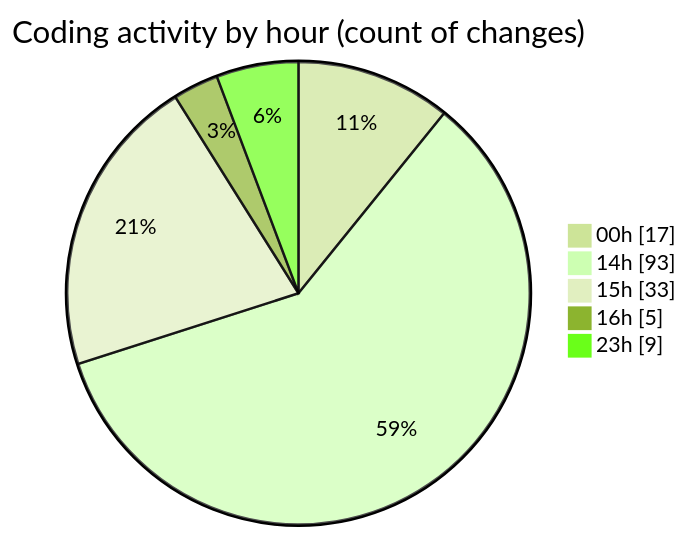
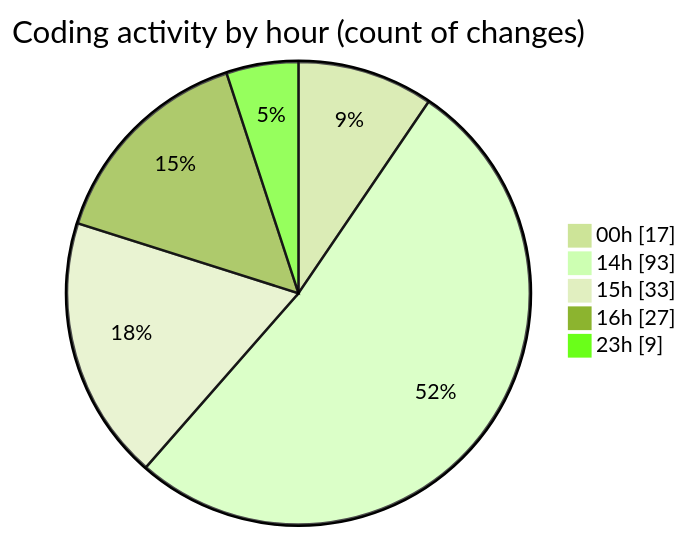
Before and after one commit to Ritupan-Deka/code-tracking: the second of 2 diagrams in 2025-07-20/mern-workoutboard/README.md, drawn with Mermaid (forest theme). The commit also changed other lines of this file and 1 other file, not shown here.

````diff
--- a/2025-07-20/mern-workoutboard/README.md
+++ b/2025-07-20/mern-workoutboard/README.md
@@ -33,9 +34,9 @@
 ```mermaid
 pie showData
 title Coding activity by hour (count of changes)
 "00h" : 17
 "14h" : 93
 "15h" : 33
-"16h" : 5
+"16h" : 27
 "23h" : 9
 ```
````
